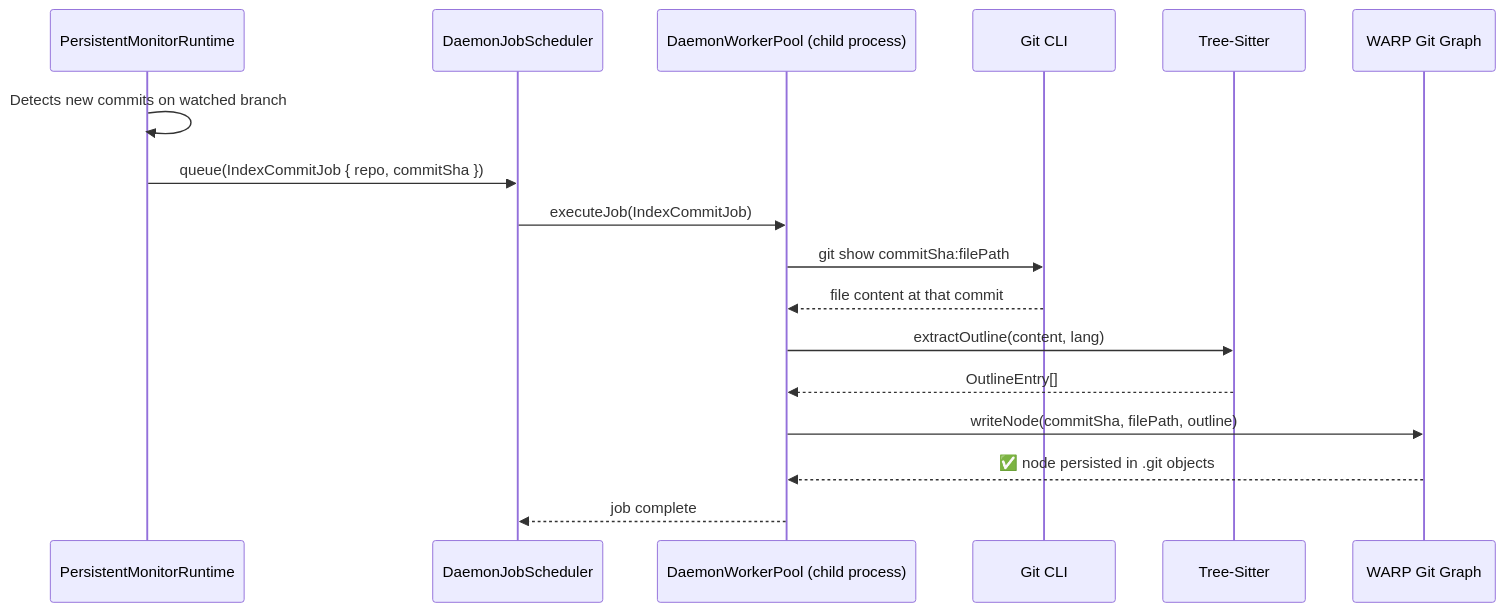
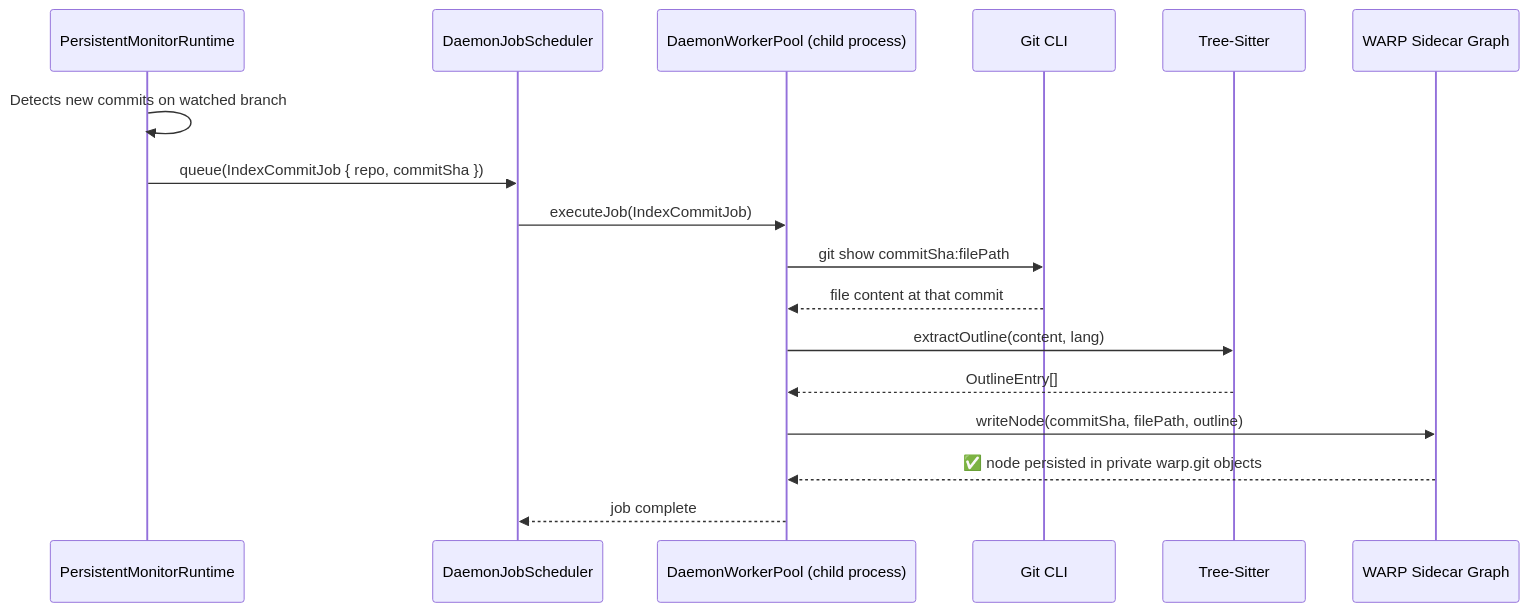
Diagram 18 of 29 in docs/TECHNICAL_TEARDOWN.md (flyingrobots/graft), drawn with Mermaid before and after one commit. The commit also changed other lines of this file and 15 other files, not shown here.

````diff
--- a/docs/TECHNICAL_TEARDOWN.md
+++ b/docs/TECHNICAL_TEARDOWN.md
@@ -1123,20 +1135,20 @@
 ```mermaid
 sequenceDiagram
     participant Monitor as PersistentMonitorRuntime
     participant Sched as DaemonJobScheduler
     participant Worker as DaemonWorkerPool (child process)
     participant Git as Git CLI
     participant Parser as Tree-Sitter
-    participant Graph as WARP Git Graph
+    participant Graph as WARP Sidecar Graph
 
     Monitor->>Monitor: Detects new commits on watched branch
     Monitor->>Sched: queue(IndexCommitJob { repo, commitSha })
     Sched->>Worker: executeJob(IndexCommitJob)
     Worker->>Git: git show commitSha:filePath
     Git-->>Worker: file content at that commit
     Worker->>Parser: extractOutline(content, lang)
     Parser-->>Worker: OutlineEntry[]
     Worker->>Graph: writeNode(commitSha, filePath, outline)
-    Graph-->>Worker: ✅ node persisted in .git objects
+    Graph-->>Worker: ✅ node persisted in private warp.git objects
     Worker-->>Sched: job complete
 ```
````
